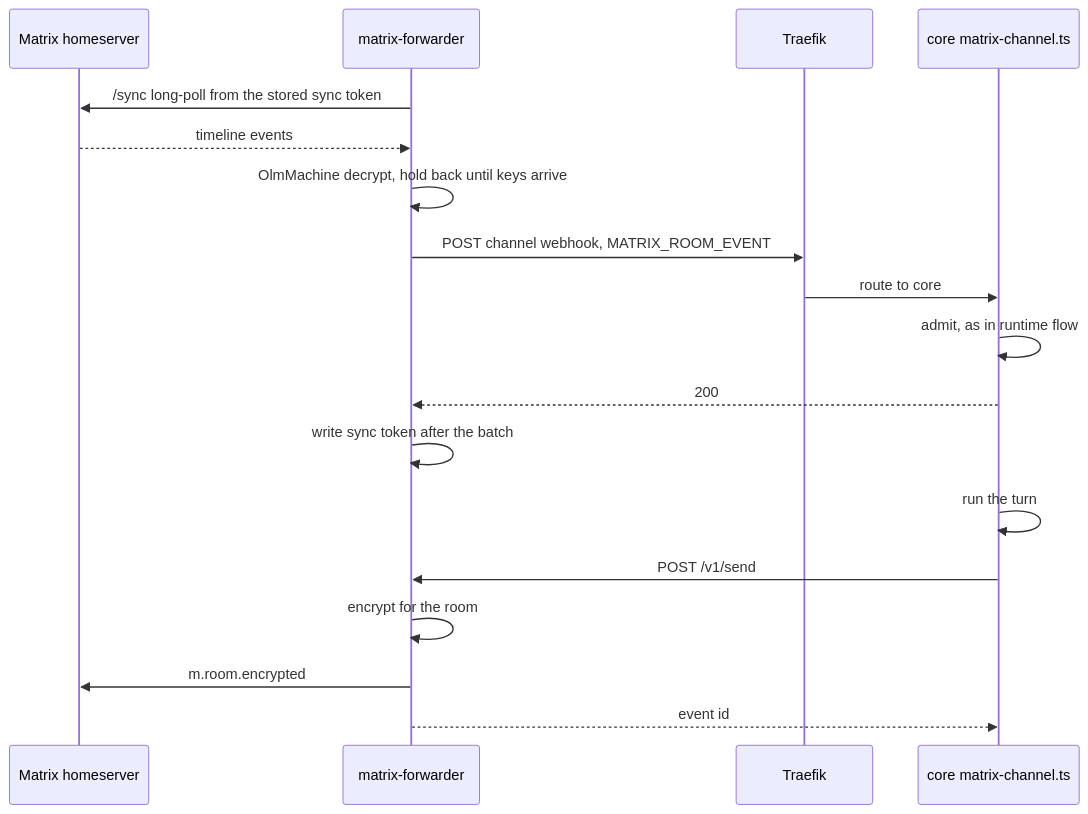
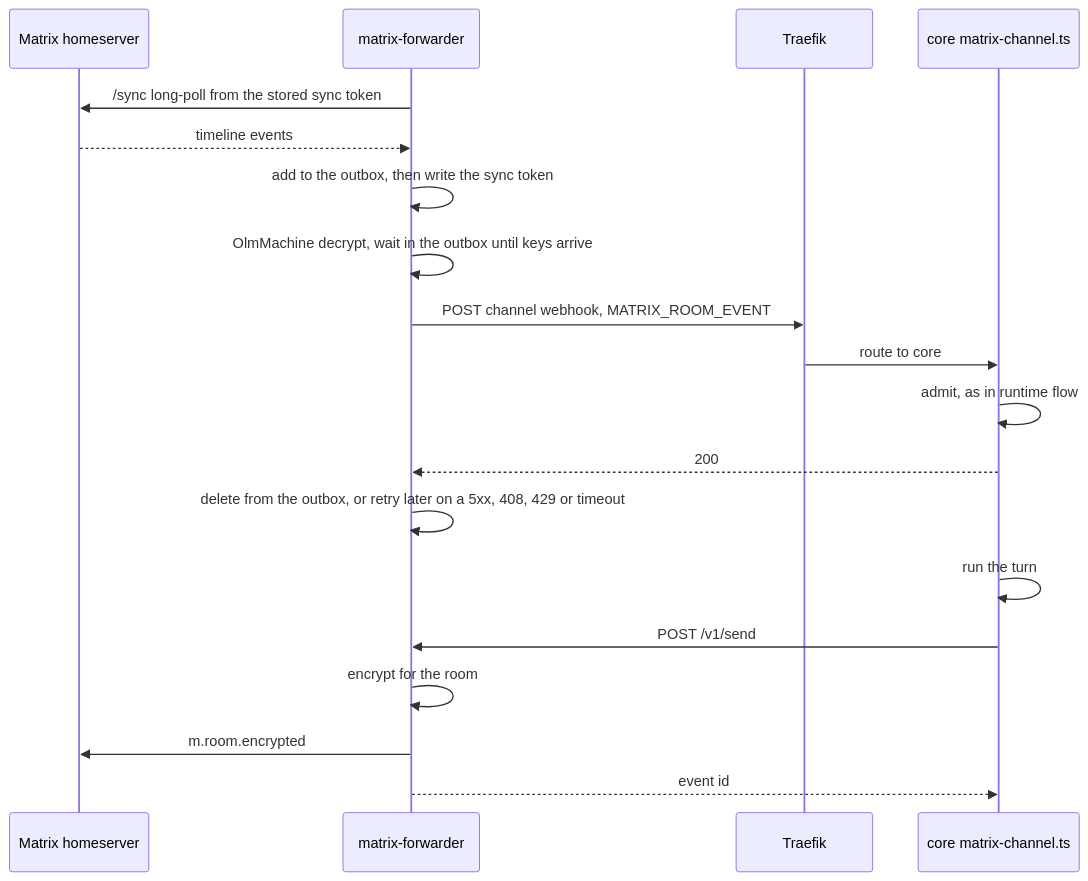
The sixth of 6 diagrams in apps/docs/docs/internals/channels.md (beeblastco/broods), drawn with Mermaid before and after one commit. The commit also changed 6 other files, not shown here.

````diff
--- a/apps/docs/docs/internals/channels.md
+++ b/apps/docs/docs/internals/channels.md
@@ -245,21 +245,22 @@
 ```mermaid
 sequenceDiagram
   participant HS as Matrix homeserver
   participant F as matrix-forwarder
   participant T as Traefik
   participant C as core matrix-channel.ts
 
   F->>HS: /sync long-poll from the stored sync token
   HS-->>F: timeline events
-  F->>F: OlmMachine decrypt, hold back until keys arrive
+  F->>F: add to the outbox, then write the sync token
+  F->>F: OlmMachine decrypt, wait in the outbox until keys arrive
   F->>T: POST channel webhook, MATRIX_ROOM_EVENT
   T->>C: route to core
   C->>C: admit, as in runtime flow
   C-->>F: 200
-  F->>F: write sync token after the batch
+  F->>F: delete from the outbox, or retry later on a 5xx, 408, 429 or timeout
   C->>C: run the turn
   C->>F: POST /v1/send
   F->>F: encrypt for the room
   F->>HS: m.room.encrypted
   F-->>C: event id
 ```
````
